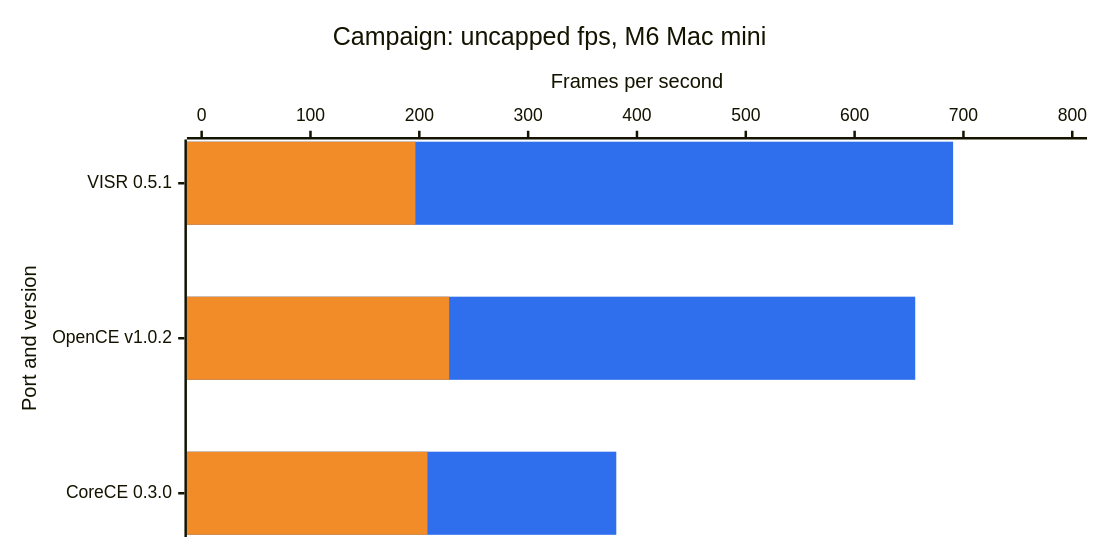
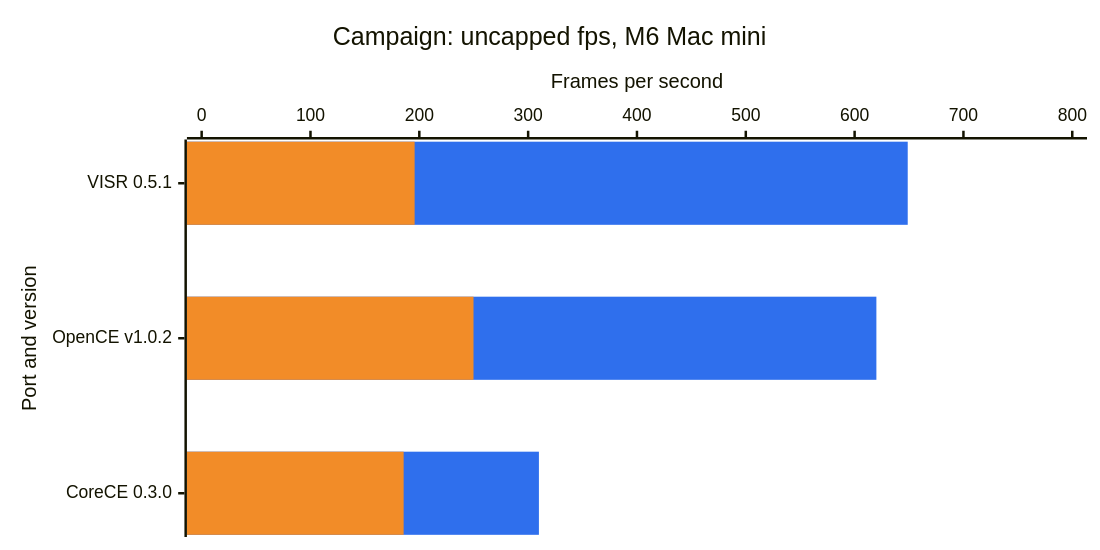
One commit to steverice/halo-ce-ios changed the diagram in docs/benchmarks.md. Above: the diagram before and after it, drawn with Mermaid. The commit also changed other lines of this file and 15 other files, not shown here.

````diff
--- a/docs/benchmarks.md
+++ b/docs/benchmarks.md
@@ -17,17 +17,17 @@
 ```mermaid
 ---
 config:
   xyChart:
     width: 860
     height: 420
   themeVariables:
     xyChart:
       plotColorPalette: "#2f6fed, #f28c28"
 ---
 xychart-beta horizontal
     title "Campaign: uncapped fps, M6 Mac mini"
     x-axis "Port and version" ["VISR 0.5.1", "OpenCE v1.0.2", "CoreCE 0.3.0"]
     y-axis "Frames per second" 0 --> 800
-    bar [690.5, 655.7, 381]
-    bar [196.4, 227.4, 207.5]
+    bar [648.8, 620, 309.9]
+    bar [195.7, 249.8, 185.6]
 ```
````
